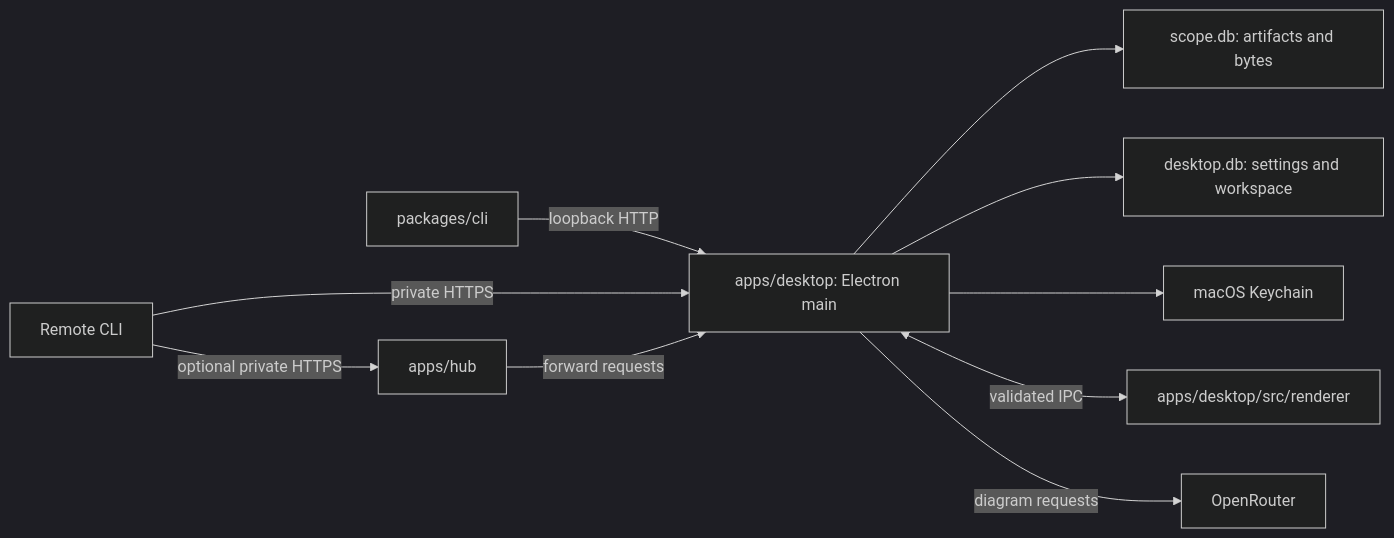
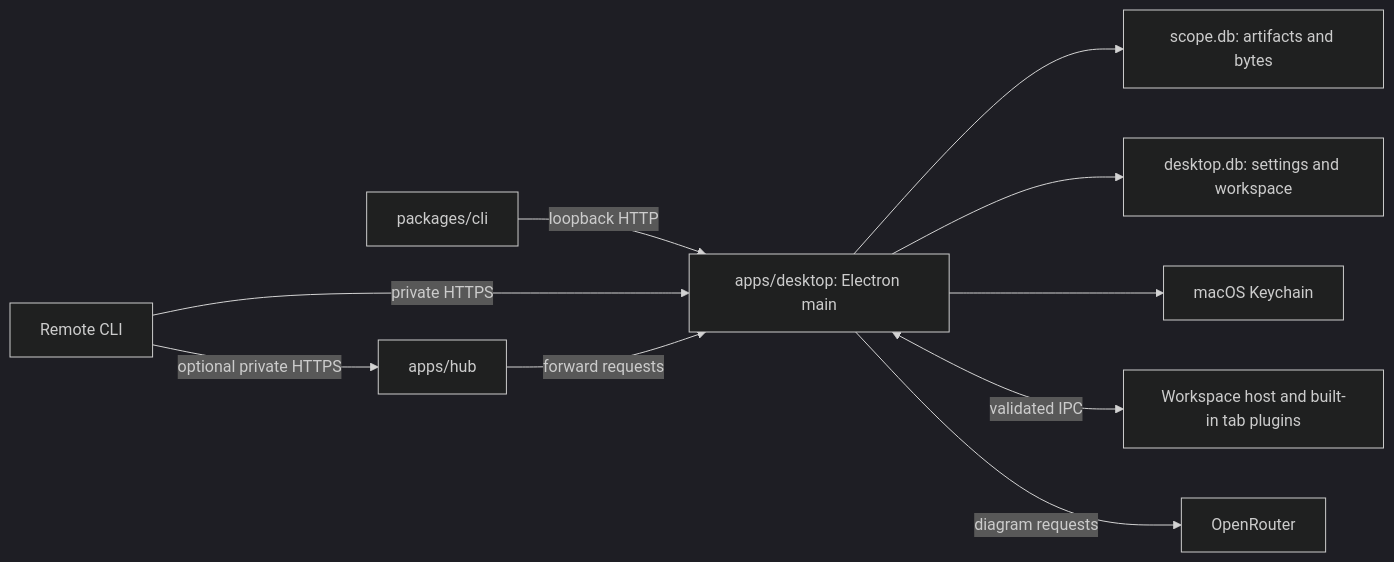
One commit to alundgren/irudd-scope changed the diagram in docs/architecture.md. Above: the diagram before and after it, drawn with Mermaid (dark theme). The commit also changed other lines of this file and 67 other files, not shown here.

Commit message:
refactor(desktop): introduce grouped tab plugins

````diff
--- a/docs/architecture.md
+++ b/docs/architecture.md
@@ -7,12 +7,12 @@
 ```mermaid
 flowchart LR
     CLI[packages/cli] -->|loopback HTTP| Desktop[apps/desktop: Electron main]
     Remote[Remote CLI] -->|private HTTPS| Desktop
     Remote -->|optional private HTTPS| Hub[apps/hub]
     Hub -->|forward requests| Desktop
     Desktop --> Artifacts[scope.db: artifacts and bytes]
     Desktop --> Preferences[desktop.db: settings and workspace]
     Desktop --> Keychain[macOS Keychain]
-    Desktop <-->|validated IPC| UI[apps/desktop/src/renderer]
+    Desktop <-->|validated IPC| UI[Workspace host and built-in tab plugins]
     Desktop -->|diagram requests| Provider[OpenRouter]
 ```
````
